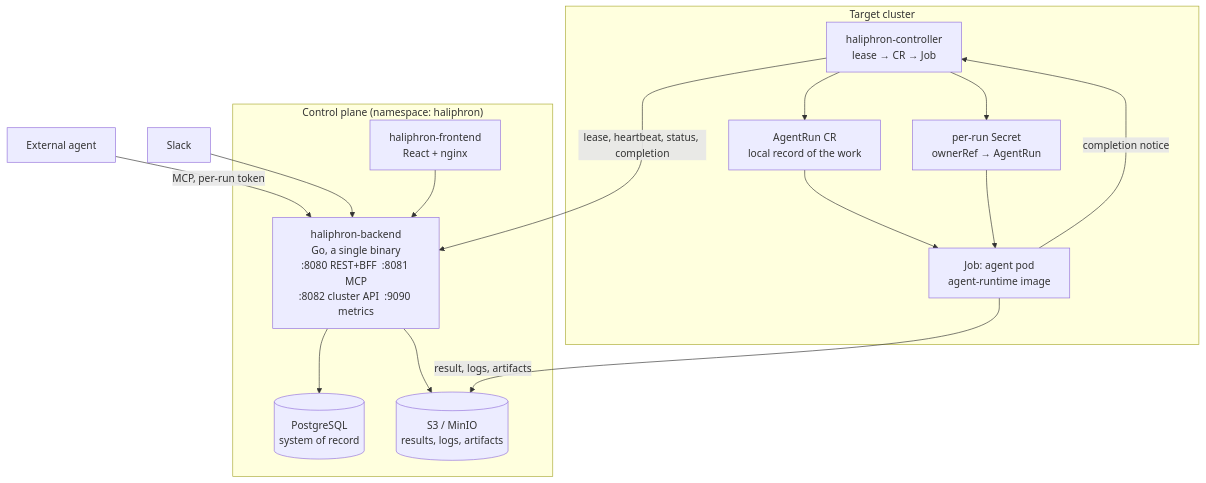
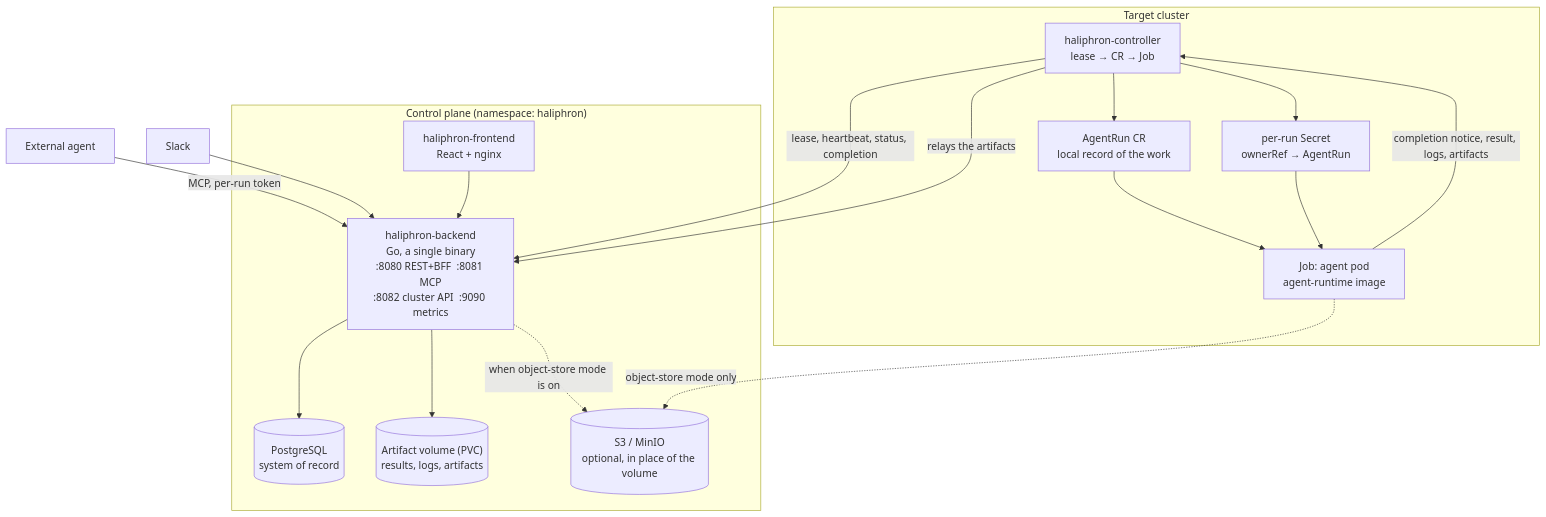
One commit to javdet/haliphron changed the second of 8 diagrams in docs/architecture.md. Above: the diagram before and after it, drawn with Mermaid. The commit also changed other lines of this file and 112 other files, not shown here.

````diff
--- a/docs/architecture.md
+++ b/docs/architecture.md
@@ -136,29 +139,32 @@
 ```mermaid
 graph TB
     subgraph CP["Control plane (namespace: haliphron)"]
         fe["haliphron-frontend<br/>React + nginx"]
         be["haliphron-backend<br/>Go, a single binary<br/>:8080 REST+BFF  :8081 MCP<br/>:8082 cluster API  :9090 metrics"]
         pg[("PostgreSQL<br/>system of record")]
-        s3[("S3 / MinIO<br/>results, logs, artifacts")]
+        vol[("Artifact volume (PVC)<br/>results, logs, artifacts")]
+        s3[("S3 / MinIO<br/>optional, in place of the volume")]
     end
 
     subgraph DP["Target cluster"]
         ctrl["haliphron-controller<br/>lease → CR → Job"]
         cr["AgentRun CR<br/>local record of the work"]
         sec["per-run Secret<br/>ownerRef → AgentRun"]
         job["Job: agent pod<br/>agent-runtime image"]
     end
 
     ext["External agent"] -->|MCP, per-run token| be
     slack["Slack"] --> be
     fe --> be
     be --> pg
-    be --> s3
+    be --> vol
+    be -.->|when object-store mode is on| s3
     ctrl -->|lease, heartbeat, status, completion| be
     ctrl --> cr
     ctrl --> sec
     cr --> job
     sec --> job
-    job -->|completion notice| ctrl
-    job -->|result, logs, artifacts| s3
+    job -->|completion notice, result, logs, artifacts| ctrl
+    ctrl -->|relays the artifacts| be
+    job -.->|object-store mode only| s3
 ```
````
